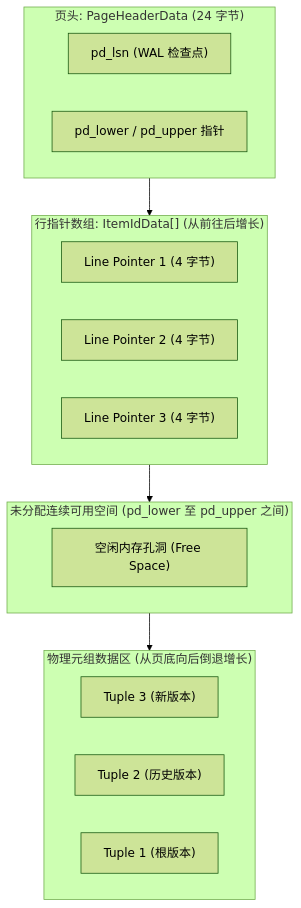
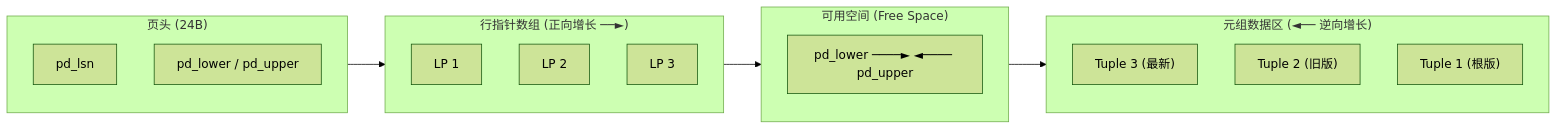
One commit to MoreConsequence/MoreConsequence.github.io changed the first of 3 diagrams in content/posts/database-storage/postgres-hot-tuples-page-pruning.md. Above: the diagram before and after it, drawn with Mermaid (forest theme). The commit also changed 835 other files, not shown here.

First line of the commit message:
feat(blog): 全站33篇新增深度专栏与博文全量审核上线及矢量图表优化

````diff
--- a/content/posts/database-storage/postgres-hot-tuples-page-pruning.md
+++ b/content/posts/database-storage/postgres-hot-tuples-page-pruning.md
@@ -52,27 +52,28 @@
 ```mermaid
-flowchart TD
-    subgraph PageHeader["页头: PageHeaderData (24 字节)"]
-        LSN["pd_lsn (WAL 检查点)"]
-        LowerUpper["pd_lower / pd_upper 指针"]
+flowchart LR
+    subgraph PageHeader["页头 (24B)"]
+        direction TB
+        LSN["pd_lsn"]
+        LowerUpper["pd_lower / pd_upper"]
     end
 
-    subgraph LinePointers["行指针数组: ItemIdData[] (从前往后增长)"]
-        LP1["Line Pointer 1 (4 字节)"]
-        LP2["Line Pointer 2 (4 字节)"]
-        LP3["Line Pointer 3 (4 字节)"]
+    subgraph LinePointers["行指针数组 (正向增长 ──►)"]
+        direction TB
+        LP1["LP 1"]
+        LP2["LP 2"]
+        LP3["LP 3"]
     end
 
-    subgraph FreeSpace["未分配连续可用空间 (pd_lower 至 pd_upper 之间)"]
-        Hole["空闲内存孔洞 (Free Space)"]
+    subgraph FreeSpace["可用空间 (Free Space)"]
+        Hole["pd_lower ────► ◄──── pd_upper"]
     end
 
-    subgraph TuplesData["物理元组数据区 (从页底向后倒退增长)"]
-        T3["Tuple 3 (新版本)"]
-        T2["Tuple 2 (历史版本)"]
-        T1["Tuple 1 (根版本)"]
+    subgraph TuplesData["元组数据区 (◄── 逆向增长)"]
+        direction TB
+        T3["Tuple 3 (最新)"]
+        T2["Tuple 2 (旧版)"]
+        T1["Tuple 1 (根版)"]
     end
 
-    PageHeader --> LinePointers
-    LinePointers --> FreeSpace
-    FreeSpace --> TuplesData
+    PageHeader --> LinePointers --> FreeSpace --> TuplesData
 ```
````
